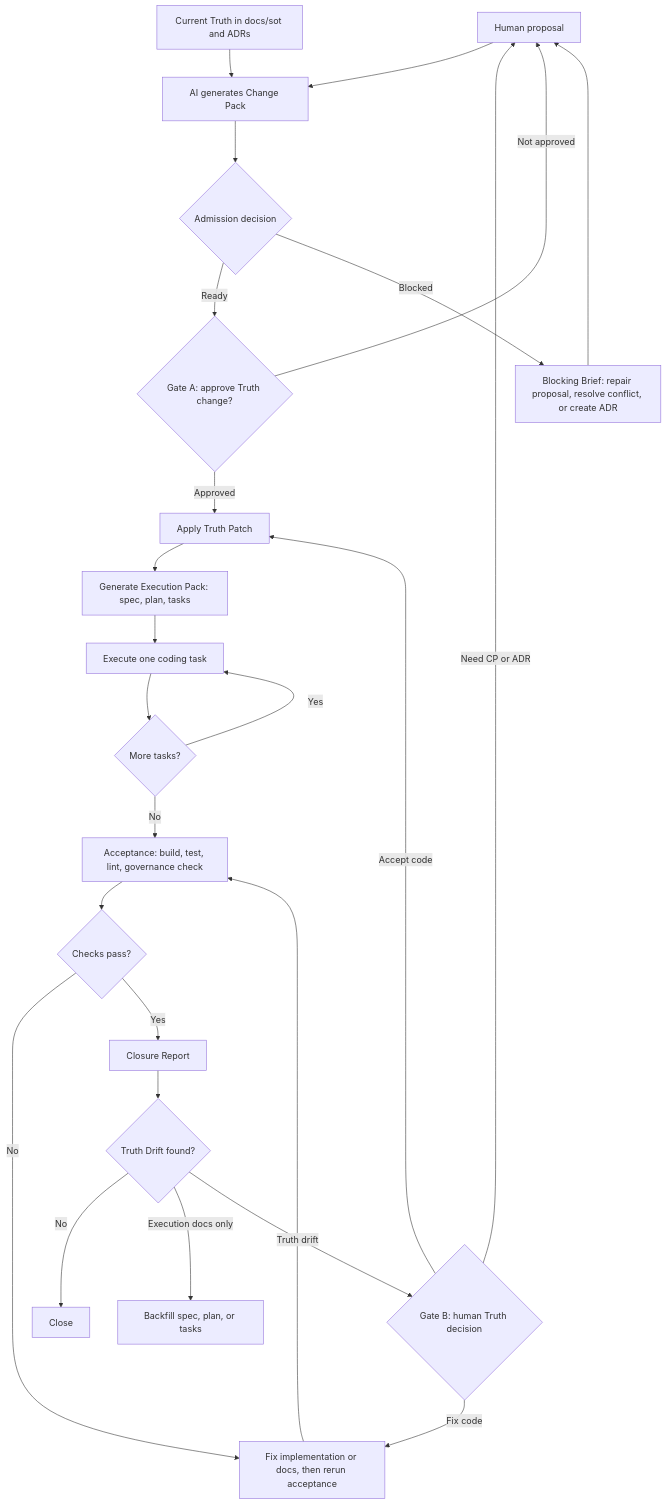
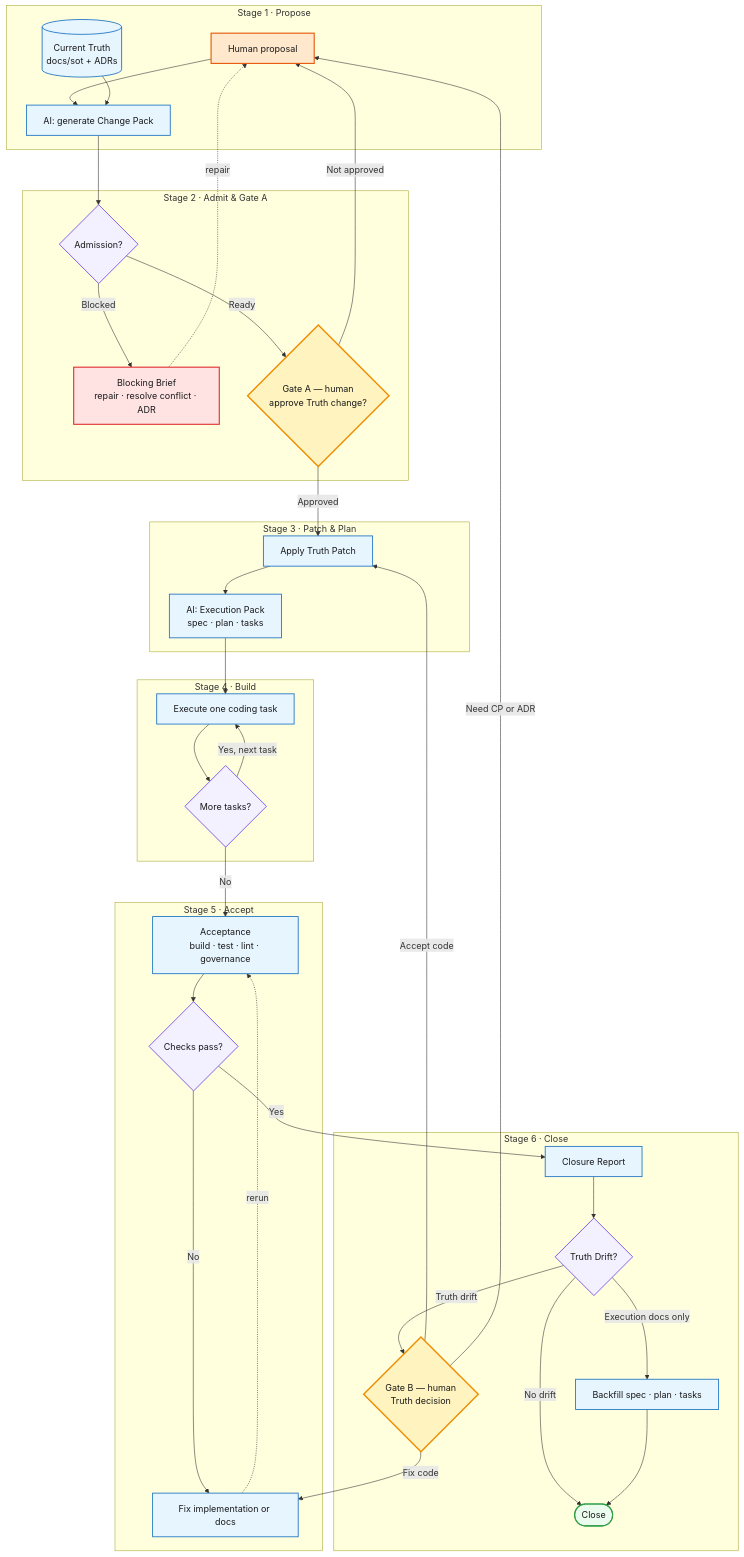
Before and after one commit to caricent/P2T2C: the diagram in README.md, drawn with Mermaid. The commit also changed other lines of this file, not shown here.

Commit message:
docs: optimize README workflow diagram for stage clarity
Group the P2T2C Mermaid flowchart into six labeled stage subgraphs and
color-code nodes by role (human action, human gate, AI action, decision,
blocked, done) so the current stage and flow transitions are clear at a
glance. Distinguish rework/rerun paths with dashed edges and add the
missing backfill -> close edge.

````diff
--- a/README.md
+++ b/README.md
@@ -23,32 +28,71 @@
 ```mermaid
 flowchart TD
-  proposal["Human proposal"] --> change_pack["AI generates Change Pack"]
-  truth["Current Truth in docs/sot and ADRs"] --> change_pack
+  classDef human fill:#ffe8cc,stroke:#e8590c,stroke-width:2px,color:#1a1a1a;
+  classDef ai fill:#e7f5ff,stroke:#1971c2,stroke-width:1.5px,color:#1a1a1a;
+  classDef gate fill:#fff3bf,stroke:#f08c00,stroke-width:2.5px,color:#1a1a1a;
+  classDef decision fill:#f3f0ff,stroke:#7048e8,stroke-width:1.5px,color:#1a1a1a;
+  classDef stop fill:#ffe3e3,stroke:#e03131,stroke-width:2px,color:#1a1a1a;
+  classDef done fill:#ebfbee,stroke:#2f9e44,stroke-width:2px,color:#1a1a1a;
 
-  change_pack --> admission{"Admission decision"}
-  admission -->|Ready| gate_a{"Gate A: approve Truth change?"}
-  admission -->|Blocked| blocking["Blocking Brief: repair proposal, resolve conflict, or create ADR"]
-  blocking --> proposal
+  subgraph S1["Stage 1 · Propose"]
+    proposal["Human proposal"]:::human
+    truth[("Current Truth<br/>docs/sot + ADRs")]:::ai
+    change_pack["AI: generate Change Pack"]:::ai
+  end
 
-  gate_a -->|Approved| truth_patch["Apply Truth Patch"]
+  subgraph S2["Stage 2 · Admit &amp; Gate A"]
+    admission{"Admission?"}:::decision
+    blocking["Blocking Brief<br/>repair · resolve conflict · ADR"]:::stop
+    gate_a{"Gate A — human<br/>approve Truth change?"}:::gate
+  end
+
+  subgraph S3["Stage 3 · Patch &amp; Plan"]
+    truth_patch["Apply Truth Patch"]:::ai
+    execution_pack["AI: Execution Pack<br/>spec · plan · tasks"]:::ai
+  end
+
+  subgraph S4["Stage 4 · Build"]
+    coding["Execute one coding task"]:::ai
+    task_check{"More tasks?"}:::decision
+  end
+
+  subgraph S5["Stage 5 · Accept"]
+    acceptance["Acceptance<br/>build · test · lint · governance"]:::ai
+    acceptance_result{"Checks pass?"}:::decision
+    fix_code["Fix implementation or docs"]:::ai
+  end
+
+  subgraph S6["Stage 6 · Close"]
+    closure["Closure Report"]:::ai
+    drift{"Truth Drift?"}:::decision
+    gate_b{"Gate B — human<br/>Truth decision"}:::gate
+    backfill["Backfill spec · plan · tasks"]:::ai
+    close(["Close"]):::done
+  end
+
+  proposal --> change_pack
+  truth --> change_pack
+  change_pack --> admission
+  admission -->|Ready| gate_a
+  admission -->|Blocked| blocking
+  blocking -.->|repair| proposal
+  gate_a -->|Approved| truth_patch
   gate_a -->|Not approved| proposal
-  truth_patch --> execution_pack["Generate Execution Pack: spec, plan, tasks"]
-  execution_pack --> coding["Execute one coding task"]
-  coding --> task_check{"More tasks?"}
-  task_check -->|Yes| coding
-  task_check -->|No| acceptance["Acceptance: build, test, lint, governance check"]
-
-  acceptance --> acceptance_result{"Checks pass?"}
-  acceptance_result -->|No| fix_code["Fix implementation or docs, then rerun acceptance"]
-  fix_code --> acceptance
-  acceptance_result -->|Yes| closure["Closure Report"]
-
-  closure --> drift{"Truth Drift found?"}
-  drift -->|No| close["Close"]
-  drift -->|Execution docs only| backfill["Backfill spec, plan, or tasks"]
-  drift -->|Truth drift| gate_b{"Gate B: human Truth decision"}
-
+  truth_patch --> execution_pack
+  execution_pack --> coding
+  coding --> task_check
+  task_check -->|Yes, next task| coding
+  task_check -->|No| acceptance
+  acceptance --> acceptance_result
+  acceptance_result -->|No| fix_code
+  fix_code -.->|rerun| acceptance
+  acceptance_result -->|Yes| closure
+  closure --> drift
+  drift -->|No drift| close
+  drift -->|Execution docs only| backfill
+  backfill --> close
+  drift -->|Truth drift| gate_b
   gate_b -->|Fix code| fix_code
   gate_b -->|Accept code| truth_patch
   gate_b -->|Need CP or ADR| proposal
 ```
````
